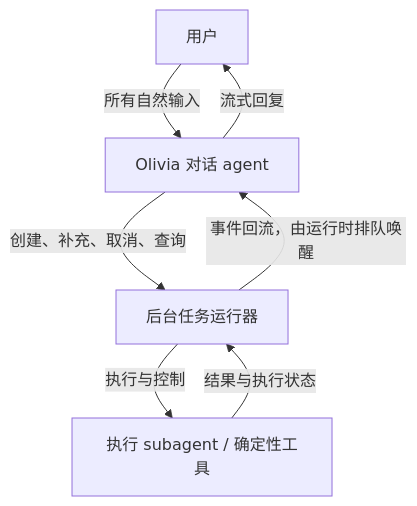
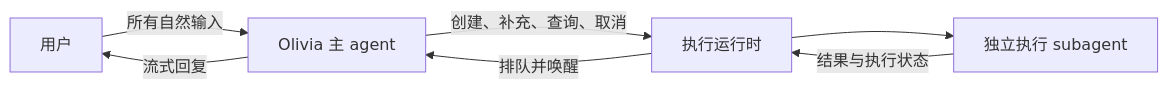
Before and after one commit to yichenj/olivia-lin-desktop-pet: the first of 2 diagrams in docs/AGENT_ARCHITECTURE.md, drawn with Mermaid. The commit also changed other lines of this file and 26 other files, not shown here.

````diff
--- a/docs/AGENT_ARCHITECTURE.md
+++ b/docs/AGENT_ARCHITECTURE.md
@@ -71,9 +60,9 @@
 ```mermaid
-flowchart TD
-    U[用户] -->|所有自然输入| M[Olivia 对话 agent]
-    M -->|流式回复| U
-    M -->|创建、补充、取消、查询| R[后台任务运行器]
-    R -->|执行与控制| S[执行 subagent / 确定性工具]
-    S -->|结果与执行状态| R
-    R -->|事件回流，由运行时排队唤醒| M
+flowchart LR
+    User[用户] -->|所有自然输入| Main[Olivia 主 agent]
+    Main -->|流式回复| User
+    Main -->|创建、补充、查询、取消| Runtime[执行运行时]
+    Runtime --> Worker[独立执行 subagent]
+    Worker -->|结果与执行状态| Runtime
+    Runtime -->|排队并唤醒| Main
 ```
````
